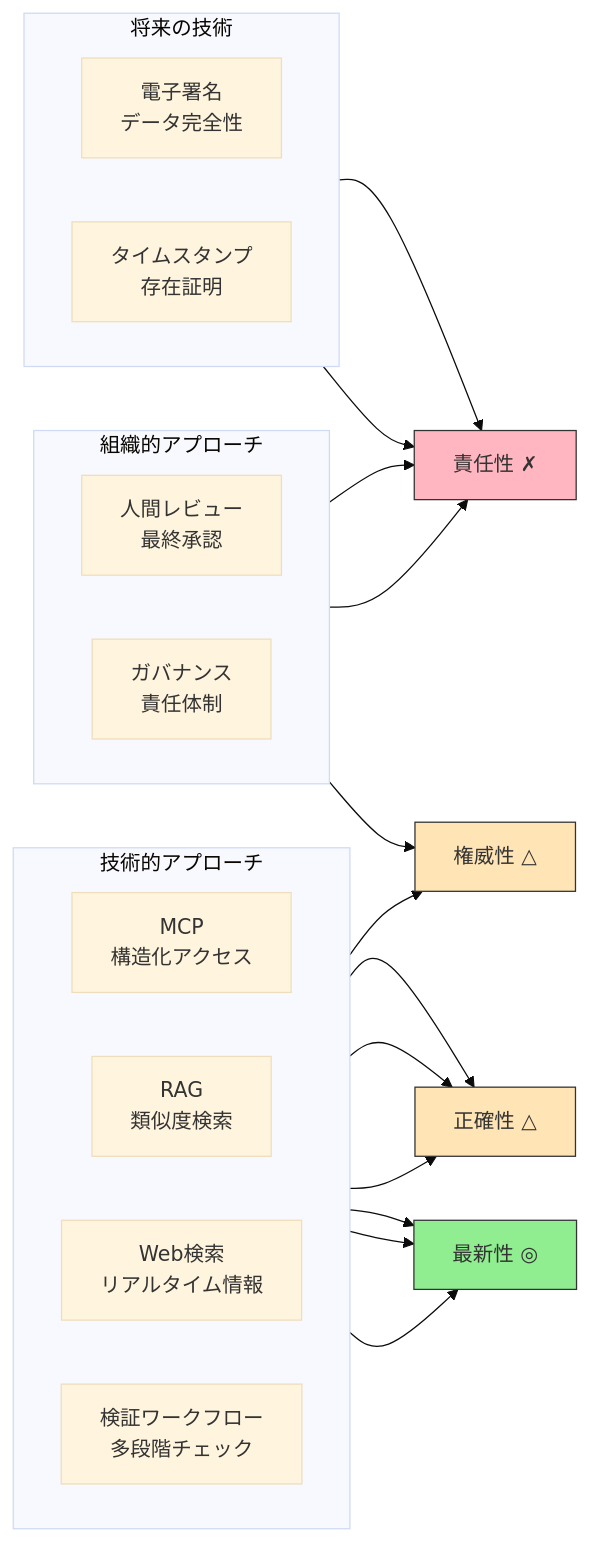
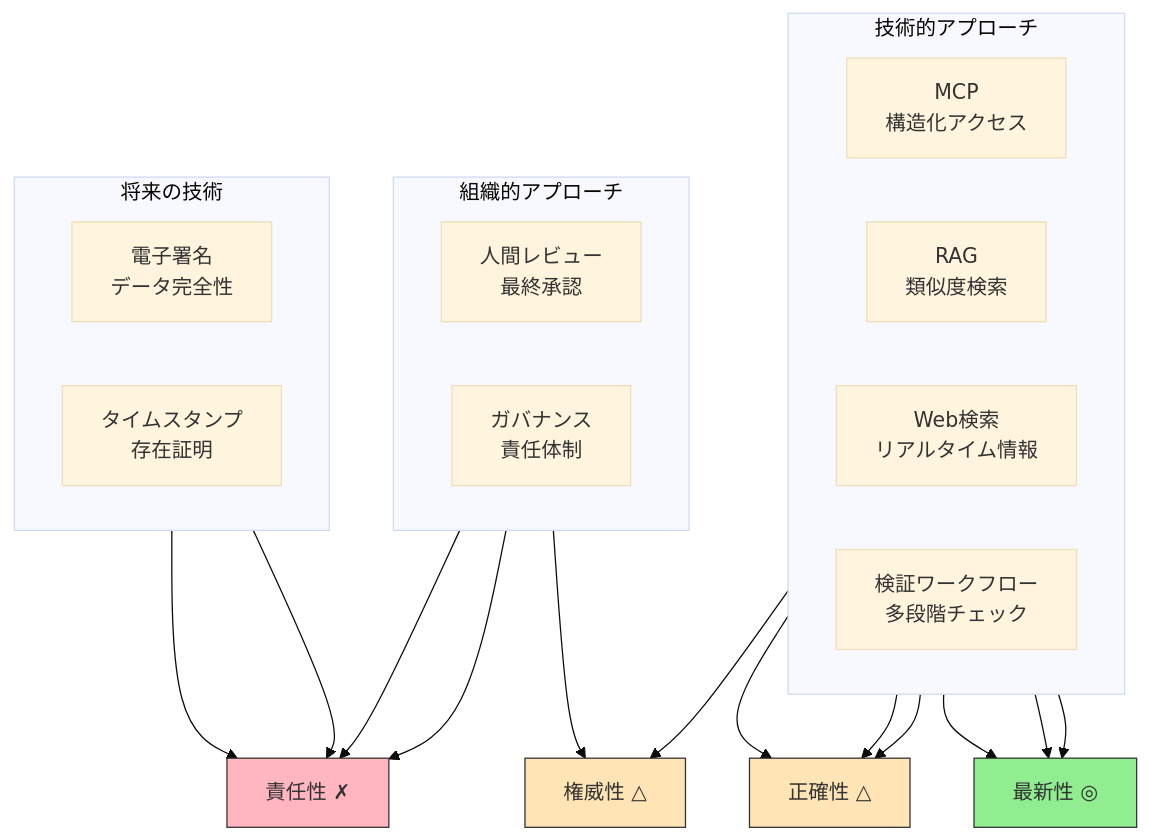
One commit to shuji-bonji/ai-agent-architecture changed diagram 12 of 12 in docs/ja/concepts/05-solving-ai-limitations.md. Above: the diagram before and after it, drawn with Mermaid (base theme). The commit also changed other lines of this file and 1 other file, not shown here.

````diff
--- a/docs/ja/concepts/05-solving-ai-limitations.md
+++ b/docs/ja/concepts/05-solving-ai-limitations.md
@@ -406,40 +502,40 @@
 ```mermaid
-flowchart LR
+flowchart TB
     subgraph TECH["技術的アプローチ"]
-        direction LR
+        direction LRE
         MCP_APPROACH["MCP<br>構造化アクセス"]
         RAG_APPROACH["RAG<br>類似度検索"]
         WEBSEARCH["Web検索<br>リアルタイム情報"]
         VALIDATION["検証ワークフロー<br>多段階チェック"]
     end
 
     subgraph ORG["組織的アプローチ"]
         direction LR
         REVIEW["人間レビュー<br>最終承認"]
         GOVERNANCE["ガバナンス<br>責任体制"]
     end
 
     subgraph FUTURE_TECH["将来の技術"]
         direction LR
         SIGNATURE["電子署名<br>データ完全性"]
         TIMESTAMP["タイムスタンプ<br>存在証明"]
     end
 
     MCP_APPROACH --> ACCURACY["正確性 △"]
     MCP_APPROACH --> CURRENCY["最新性 ◎"]
     MCP_APPROACH --> AUTHORITY["権威性 △"]
     RAG_APPROACH --> CURRENCY
     RAG_APPROACH --> ACCURACY
     WEBSEARCH --> CURRENCY
     VALIDATION --> ACCURACY
     REVIEW --> AUTHORITY
     REVIEW --> ACCOUNTABILITY["責任性 ✗"]
     GOVERNANCE --> ACCOUNTABILITY
     SIGNATURE --> ACCOUNTABILITY
     TIMESTAMP --> ACCOUNTABILITY
 
     style CURRENCY fill:#90EE90,color:#333,stroke:#333
     style ACCURACY fill:#FFE4B5,color:#333,stroke:#333
     style AUTHORITY fill:#FFE4B5,color:#333,stroke:#333
     style ACCOUNTABILITY fill:#FFB6C1,color:#333,stroke:#333
 ```
````
